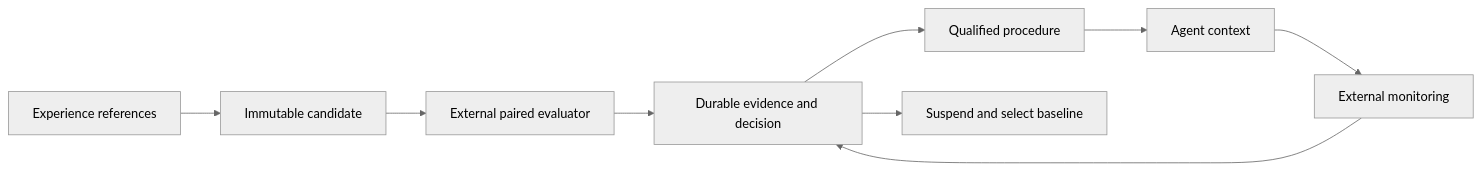
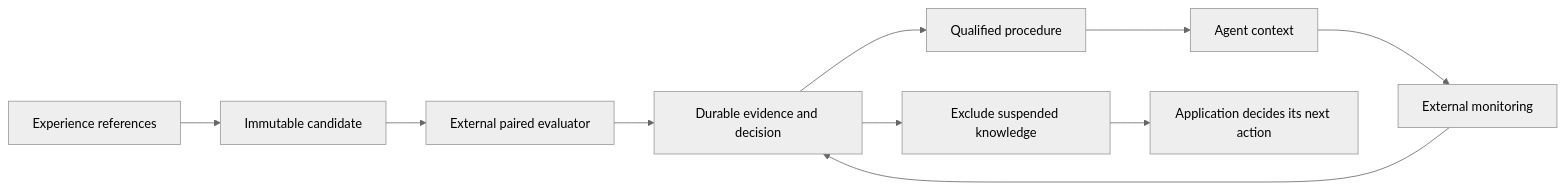
One commit to aicubetechnology/qilbeeDB changed the diagram in docs/agent-memory/learning.md. Above: the diagram before and after it, drawn with Mermaid (neutral theme). The commit also changed other lines of this file and 4 other files, not shown here.

````diff
--- a/docs/agent-memory/learning.md
+++ b/docs/agent-memory/learning.md
@@ -9,11 +11,12 @@
 ```mermaid
 flowchart LR
     E[Experience references] --> P[Immutable candidate]
     P --> V[External paired evaluator]
     V --> D[Durable evidence and decision]
     D --> A[Qualified procedure]
     A --> C[Agent context]
     C --> M[External monitoring]
     M --> D
-    D --> B[Suspend and select baseline]
+    D --> B[Exclude suspended knowledge]
+    B --> F[Application decides its next action]
 ```
````
